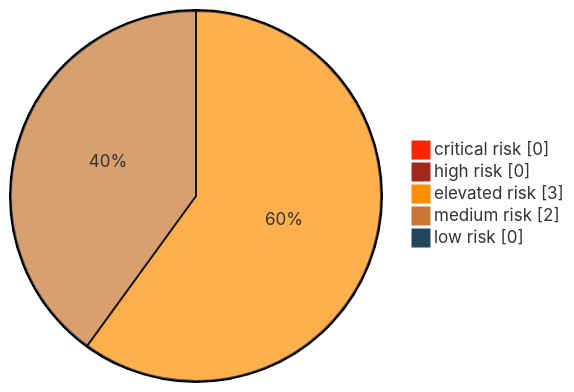
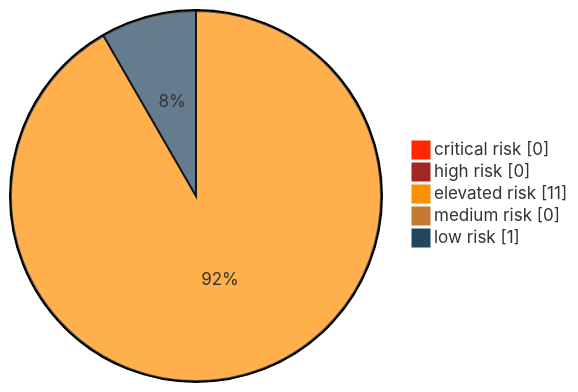
Before and after one commit to Luv1881/Threat-model: the first of 2 diagrams in threagile/output/pasta/adocReport/010_ManagementSummary.adoc, drawn with Mermaid. The commit also changed other lines of this file and 312 other files, not shown here.

```diff
--- a/threagile/output/pasta/adocReport/010_ManagementSummary.adoc
+++ b/threagile/output/pasta/adocReport/010_ManagementSummary.adoc
@@ -23,10 +23,10 @@
 [mermaid]
 ....
 %%{init: {'pie' : {'textPosition' : 0.5}, 'theme': 'base', 'themeVariables': { 'pie1': '#FF2600', 'pie2': '#A0281E', 'pie3': '#FF8E00', 'pie4': '#C87832', 'pie5': '#23465F'}}}%%
 pie showData
   "critical risk" : 0
   "high risk" : 0
-  "elevated risk" : 3
-  "medium risk" : 2
-  "low risk" : 0
+  "elevated risk" : 11
+  "medium risk" : 0
+  "low risk" : 1
 ....
```
